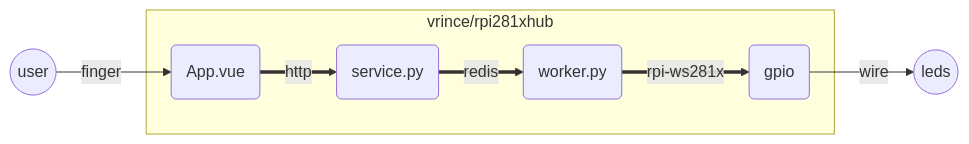
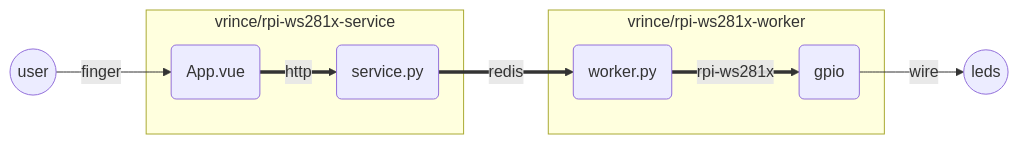
Before and after one commit to vrince/rpi-ws281x-hub: the diagram in README.md, drawn with Mermaid. The commit also changed other lines of this file and 6 other files, not shown here.

````diff
--- a/README.md
+++ b/README.md
@@ -5,10 +5,12 @@
 ```mermaid
 graph LR
     0((user)) -- finger --> 1
-    subgraph vrince/rpi281xhub
+    subgraph vrince/rpi-ws281x-service
     1(App.vue) == http ==> 2(service.py)
+    end
+    subgraph vrince/rpi-ws281x-worker
     2 == redis ==> 3(worker.py)
     3 == rpi-ws281x ==> 4(gpio)
     end
     4 -- wire --> 5((leds))
 ```
````
